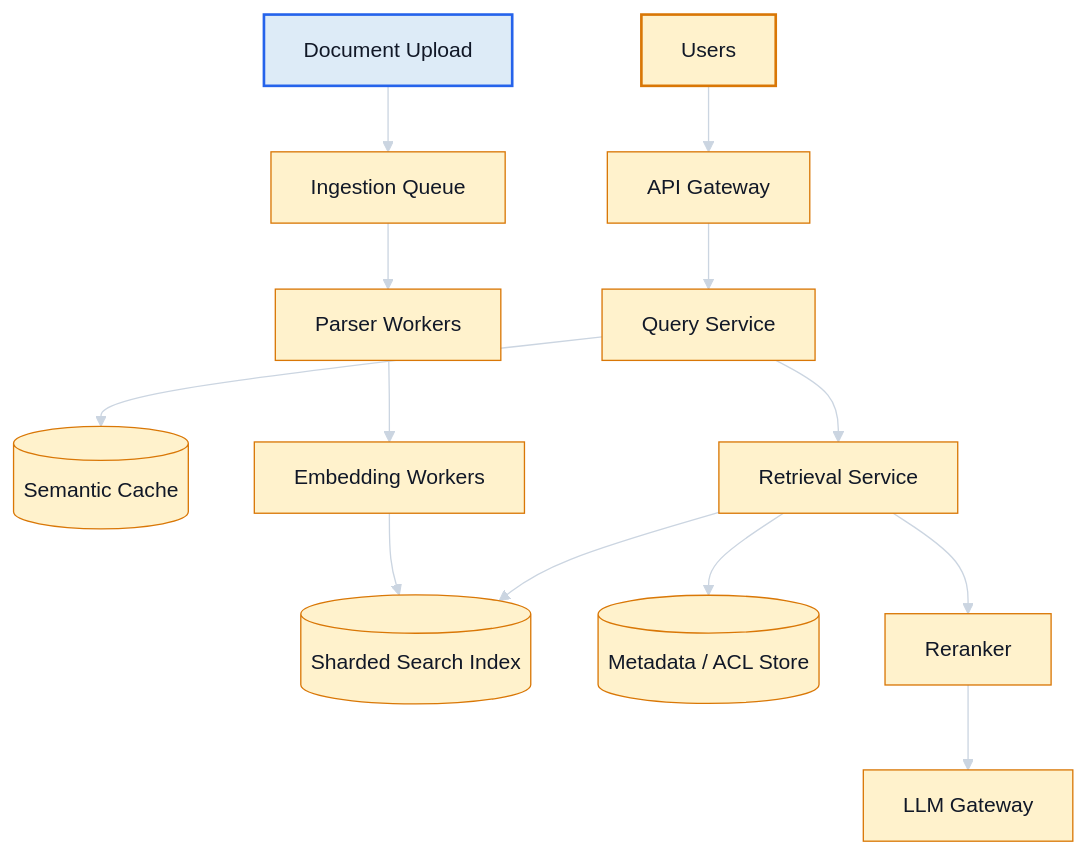
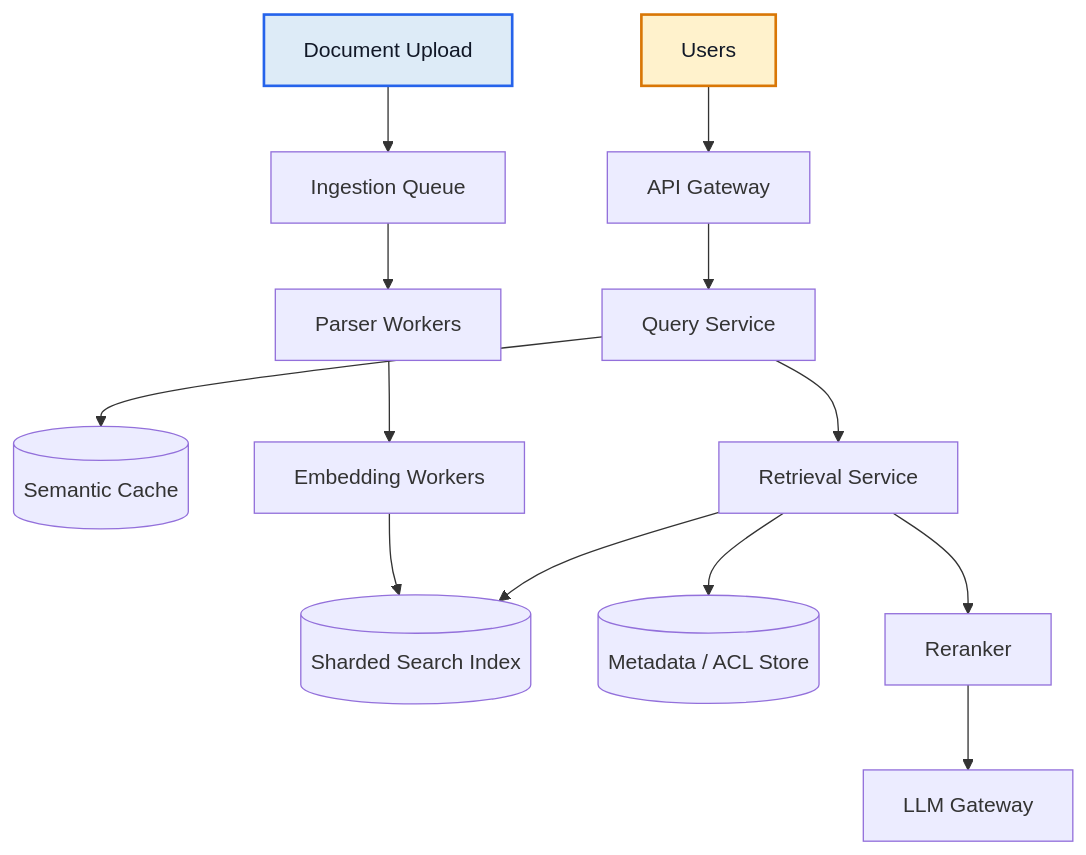
One commit to azam123/awesome-ai-engineer changed the seventh of 26 diagrams in AI-Engineer-Interview-Questions-2026.md. Above: the diagram before and after it, drawn with Mermaid. The commit also changed other lines of this file, not shown here.

Commit message:
docs: fix GitHub Mermaid rendering compatibility

````diff
--- a/AI-Engineer-Interview-Questions-2026.md
+++ b/AI-Engineer-Interview-Questions-2026.md
@@ -578,21 +572,20 @@
 ```mermaid
 flowchart TB
-%%{init: {"theme":"base","themeVariables":{"background":"#111827","primaryColor":"#FFF2CC","primaryTextColor":"#111827","primaryBorderColor":"#D97706","lineColor":"#CBD5E1","secondaryColor":"#DDEBF7","secondaryTextColor":"#111827","secondaryBorderColor":"#2563EB","tertiaryColor":"#E2F0D9","tertiaryTextColor":"#111827","tertiaryBorderColor":"#15803D","noteBkgColor":"#FFF2CC","noteTextColor":"#111827","noteBorderColor":"#D97706","actorBkg":"#DDEBF7","actorBorder":"#2563EB","actorTextColor":"#111827","signalColor":"#E5E7EB","signalTextColor":"#111827","labelBoxBkgColor":"#FFF2CC","labelBoxBorderColor":"#D97706","labelTextColor":"#111827"}}}%%
+U[Users] --> G[API Gateway]
+G --> Q[Query Service]
+Q --> C[(Semantic Cache)]
+Q --> R[Retrieval Service]
+R --> S[(Sharded Search Index)]
+R --> M[(Metadata / ACL Store)]
+R --> RR[Reranker]
+RR --> L[LLM Gateway]
+D[Document Upload] --> I[Ingestion Queue]
+I --> P[Parser Workers]
+P --> E[Embedding Workers]
+E --> S
+class U yellow
+class D blue
 classDef yellow fill:#FFF2CC,stroke:#D97706,stroke-width:2px,color:#111827;
 classDef blue fill:#DDEBF7,stroke:#2563EB,stroke-width:2px,color:#111827;
 classDef green fill:#E2F0D9,stroke:#15803D,stroke-width:2px,color:#111827;
-    U[Users] --> G[API Gateway]
-    G --> Q[Query Service]
-    Q --> C[(Semantic Cache)]
-    Q --> R[Retrieval Service]
-    R --> S[(Sharded Search Index)]
-    R --> M[(Metadata / ACL Store)]
-    R --> RR[Reranker]
-    RR --> L[LLM Gateway]
-    D[Document Upload] --> I[Ingestion Queue]
-    I --> P[Parser Workers]
-    P --> E[Embedding Workers]
-    E --> S
-    class U yellow;
-    class D blue;
 ```
````
